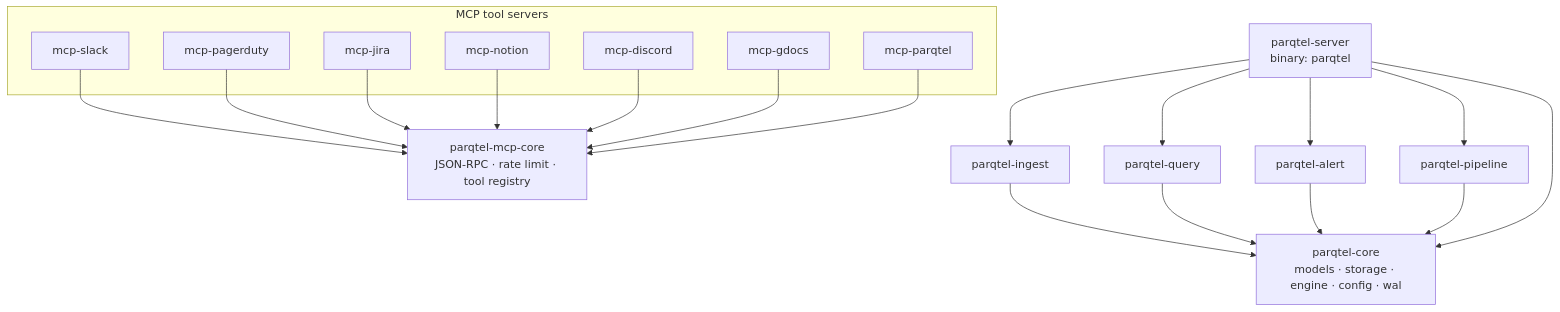
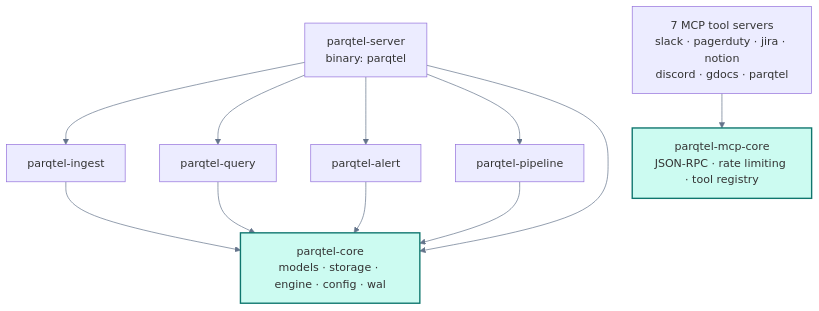
Before and after one commit to parqtel/parqtel-oss: the diagram in docs/assets/diagrams/src/crate-graph.mmd, drawn with Mermaid. The commit also changed 1 other file, not shown here.

Commit message:
docs: redraw the crate graph as a readable tree
Dagre placed the seven MCP tool servers in one wide row and pulled
parqtel-mcp-core two ranks down, so seven long edges crossed the signal
crates. The seven MCP servers are near-identical clients, so they collapse
into one labelled node; the graph is now two clean columns with no crossings,
and parqtel-core and parqtel-mcp-core are highlighted as the two shared
foundations.

```diff
--- a/docs/assets/diagrams/src/crate-graph.mmd
+++ b/docs/assets/diagrams/src/crate-graph.mmd
@@ -1,36 +1,26 @@
 flowchart TD
     SRV["parqtel-server<br/>binary: parqtel"]
     ING["parqtel-ingest"]
     QRY["parqtel-query"]
     ALR["parqtel-alert"]
     PIPE["parqtel-pipeline"]
     CORE["parqtel-core<br/>models · storage · engine · config · wal"]
-    MCPC["parqtel-mcp-core<br/>JSON-RPC · rate limit · tool registry"]
+
+    TOOLS["7 MCP tool servers<br/>slack · pagerduty · jira · notion<br/>discord · gdocs · parqtel"]
+    MCPC["parqtel-mcp-core<br/>JSON-RPC · rate limiting · tool registry"]
 
     SRV --> ING
     SRV --> QRY
     SRV --> ALR
     SRV --> PIPE
+    SRV --> CORE
     ING --> CORE
     QRY --> CORE
     ALR --> CORE
     PIPE --> CORE
-    SRV --> CORE
 
-    subgraph mcp["MCP tool servers"]
-        S1["mcp-slack"]
-        S2["mcp-pagerduty"]
-        S3["mcp-jira"]
-        S4["mcp-notion"]
-        S5["mcp-discord"]
-        S6["mcp-gdocs"]
-        S7["mcp-parqtel"]
-    end
+    TOOLS --> MCPC
 
-    S1 --> MCPC
-    S2 --> MCPC
-    S3 --> MCPC
-    S4 --> MCPC
-    S5 --> MCPC
-    S6 --> MCPC
-    S7 --> MCPC
+    classDef core fill:#ccfbf1,stroke:#0f766e,stroke-width:2px
+    class CORE,MCPC core
+    linkStyle default stroke:#64748b
```
